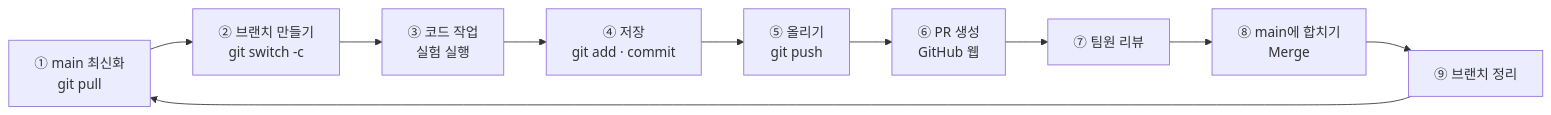
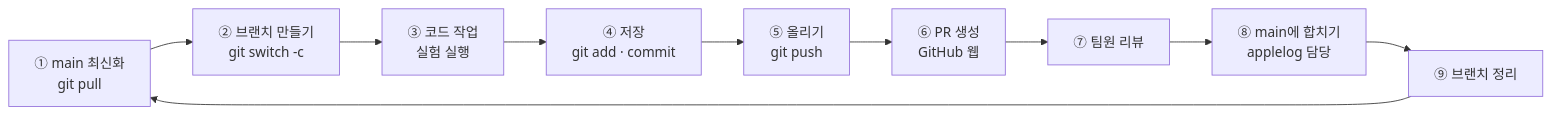
Before and after one commit to applelog/fashion-mnist-optimization-team-project: the second of 3 diagrams in 협업가이드.md, drawn with Mermaid. The commit also changed other lines of this file and 2 other files, not shown here.

First line of the commit message:
합치기(Merge)는 applelog만 하도록 협업 규칙 반영

````diff
--- a/협업가이드.md
+++ b/협업가이드.md
@@ -56,12 +61,12 @@
 ```mermaid
 flowchart LR
     P["① main 최신화<br/>git pull"] --> B["② 브랜치 만들기<br/>git switch -c"]
     B --> W["③ 코드 작업<br/>실험 실행"]
     W --> C["④ 저장<br/>git add · commit"]
     C --> U["⑤ 올리기<br/>git push"]
     U --> R["⑥ PR 생성<br/>GitHub 웹"]
     R --> V["⑦ 팀원 리뷰"]
-    V --> M["⑧ main에 합치기<br/>Merge"]
+    V --> M["⑧ main에 합치기<br/>applelog 담당"]
     M --> D["⑨ 브랜치 정리"]
     D --> P
 ```
````
